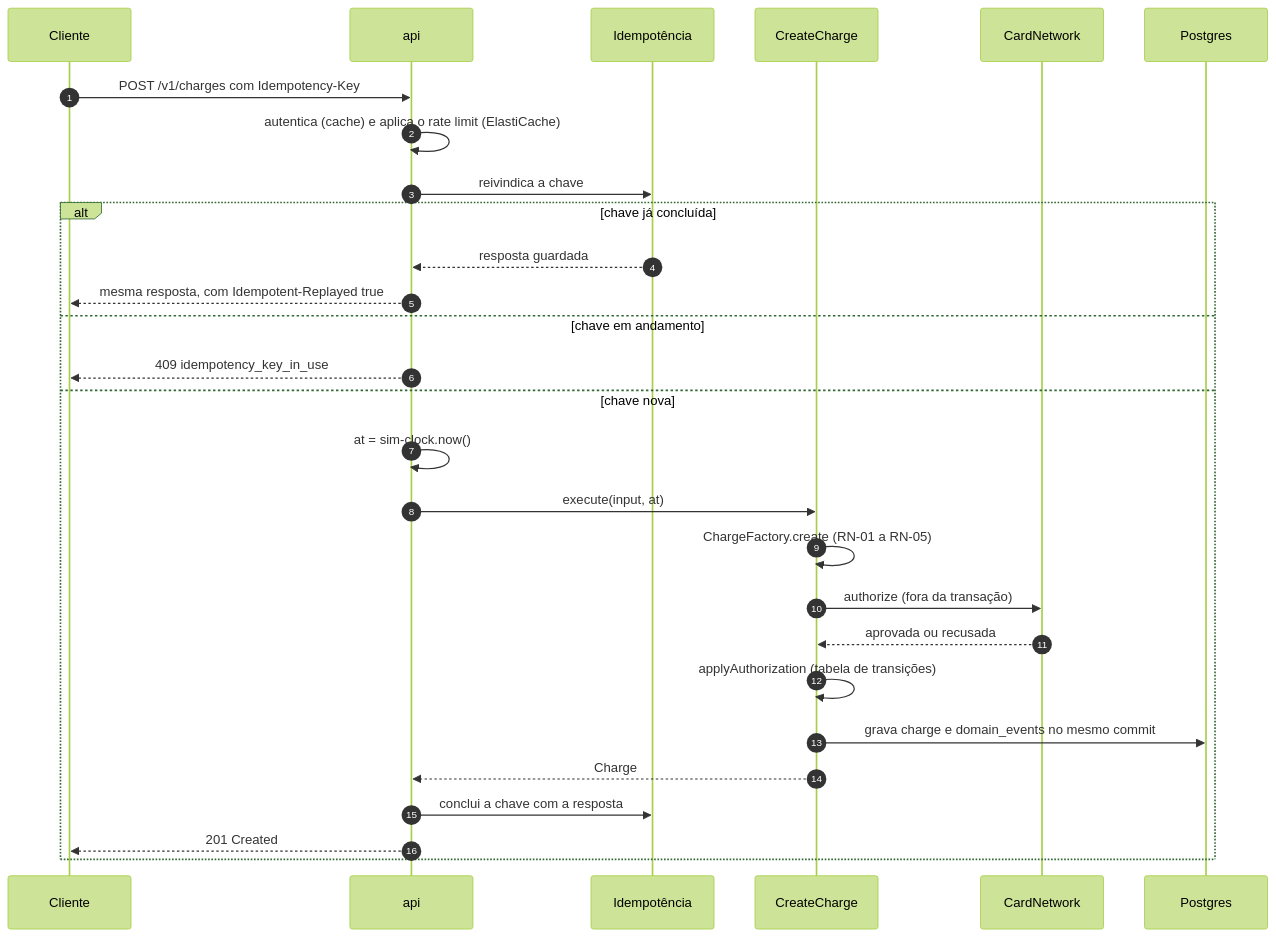
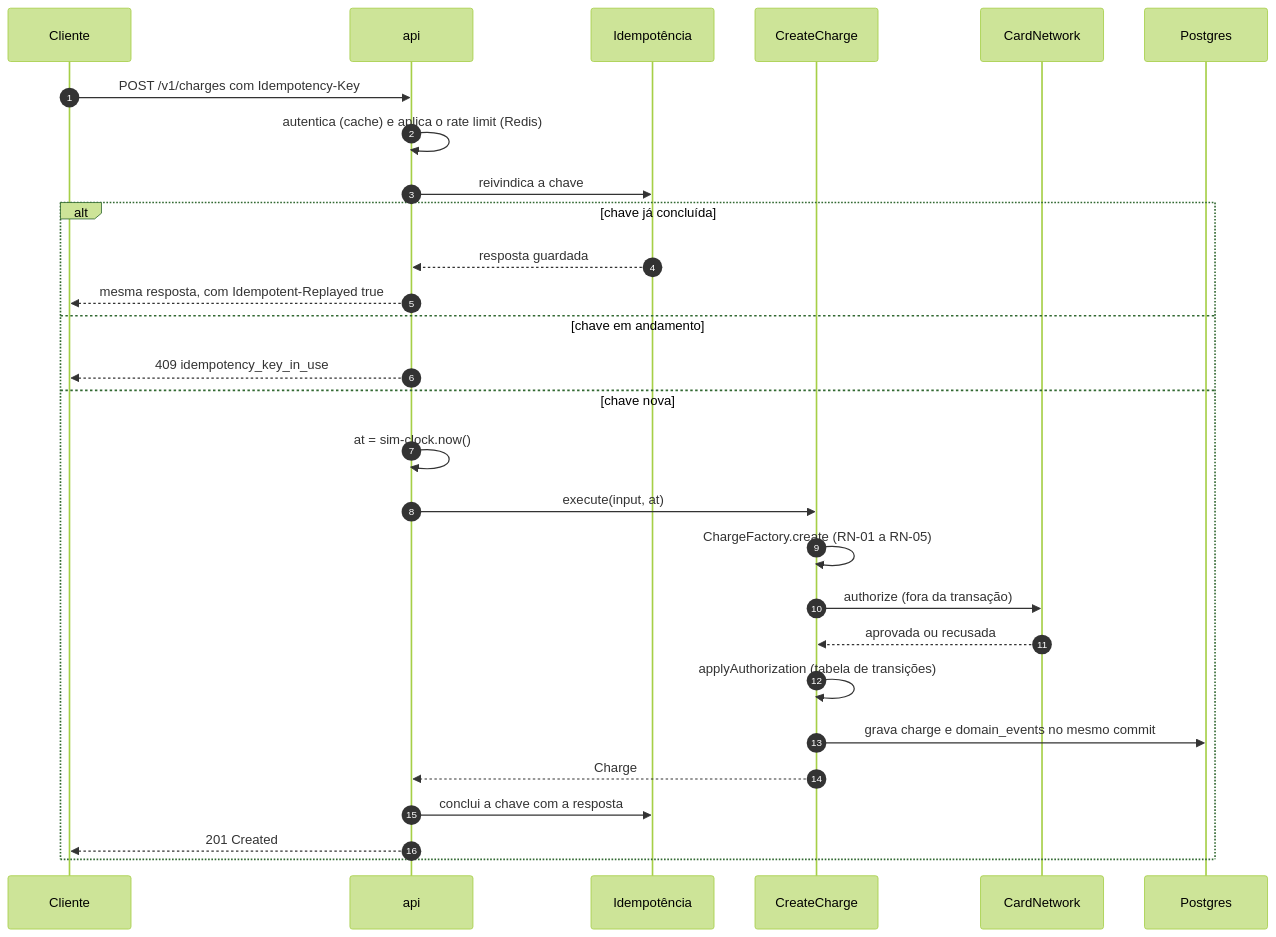
One commit to matheusmntt/reconciliation-lab changed the first of 3 diagrams in services/third-parties/gateway/docs/arquitetura.md. Above: the diagram before and after it, drawn with Mermaid (forest theme). The commit also changed other lines of this file and 15 other files, not shown here.

````diff
--- a/services/third-parties/gateway/docs/arquitetura.md
+++ b/services/third-parties/gateway/docs/arquitetura.md
@@ -307,31 +306,31 @@
 ```mermaid
 sequenceDiagram
     autonumber
     participant C as Cliente
     participant A as api
     participant I as Idempotência
     participant U as CreateCharge
     participant N as CardNetwork
     participant DB as Postgres
 
     C->>A: POST /v1/charges com Idempotency-Key
-    A->>A: autentica (cache) e aplica o rate limit (ElastiCache)
+    A->>A: autentica (cache) e aplica o rate limit (Redis)
     A->>I: reivindica a chave
     alt chave já concluída
         I-->>A: resposta guardada
         A-->>C: mesma resposta, com Idempotent-Replayed true
     else chave em andamento
         A-->>C: 409 idempotency_key_in_use
     else chave nova
         A->>A: at = sim-clock.now()
         A->>U: execute(input, at)
         U->>U: ChargeFactory.create (RN-01 a RN-05)
         U->>N: authorize (fora da transação)
         N-->>U: aprovada ou recusada
         U->>U: applyAuthorization (tabela de transições)
         U->>DB: grava charge e domain_events no mesmo commit
         U-->>A: Charge
         A->>I: conclui a chave com a resposta
         A-->>C: 201 Created
     end
 ```
````
